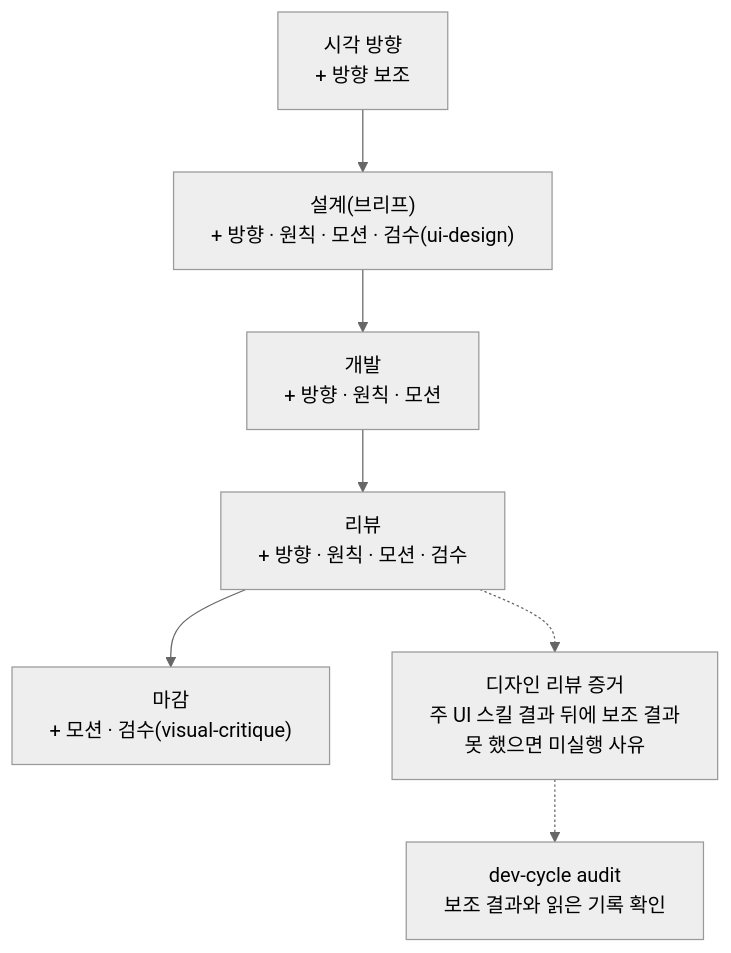
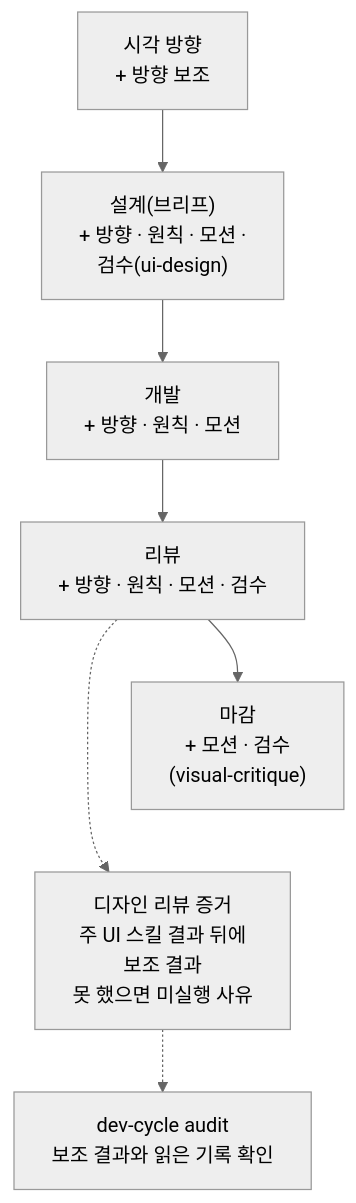
The sixth of 6 diagrams in handbook/design/ui-flow.md (roadkwon-ai/pro-kit), drawn with Mermaid (neutral theme) before and after one commit. The commit also changed other lines of this file and 26 other files, not shown here.

````diff
--- a/handbook/design/ui-flow.md
+++ b/handbook/design/ui-flow.md
@@ -247,14 +254,15 @@
 ```mermaid
 ---
 config:
   flowchart:
-    wrappingWidth: 300
+    wrappingWidth: 240
 ---
 flowchart TB
-  V1["시각 방향<br/>+ 방향 보조"] --> V2["설계(브리프)<br/>+ 방향 · 원칙 · 모션 · 검수(ui-design)"]
+  V1["시각 방향<br/>+ 방향 보조"] --> V2["설계(브리프)<br/>+ 방향 · 원칙 · 모션 ·<br/>검수(ui-design)"]
   V2 --> V3["개발<br/>+ 방향 · 원칙 · 모션"]
   V3 --> V4["리뷰<br/>+ 방향 · 원칙 · 모션 · 검수"]
-  V4 --> V5["마감<br/>+ 모션 · 검수(visual-critique)"]
-  V4 -.-> E["디자인 리뷰 증거<br/>주 UI 스킬 결과 뒤에 보조 결과<br/>못 했으면 미실행 사유"]
+  V4 --> V5["마감<br/>+ 모션 · 검수<br/>(visual-critique)"]
+  V4 -.-> E["디자인 리뷰 증거<br/>주 UI 스킬 결과 뒤에<br/>보조 결과<br/>못 했으면 미실행 사유"]
+  V5 ~~~ E
   E -.-> AU["dev-cycle audit<br/>보조 결과와 읽은 기록 확인"]
 ```
````
